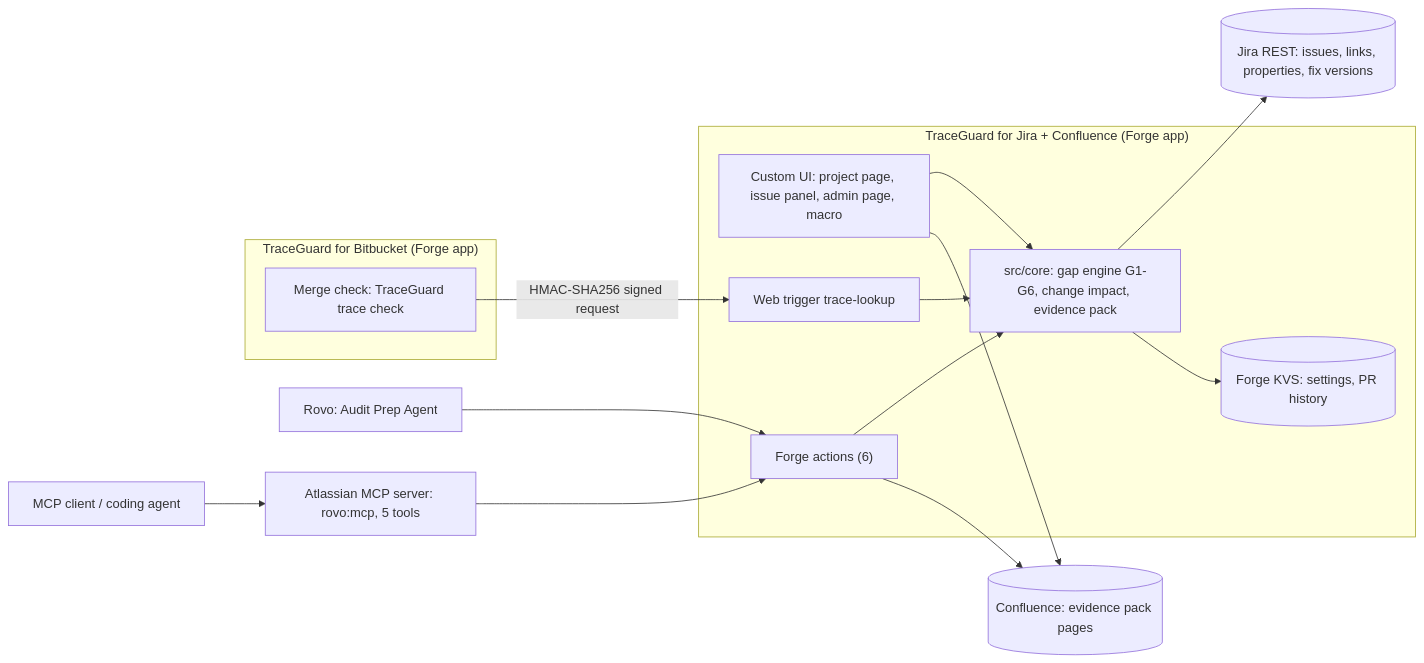
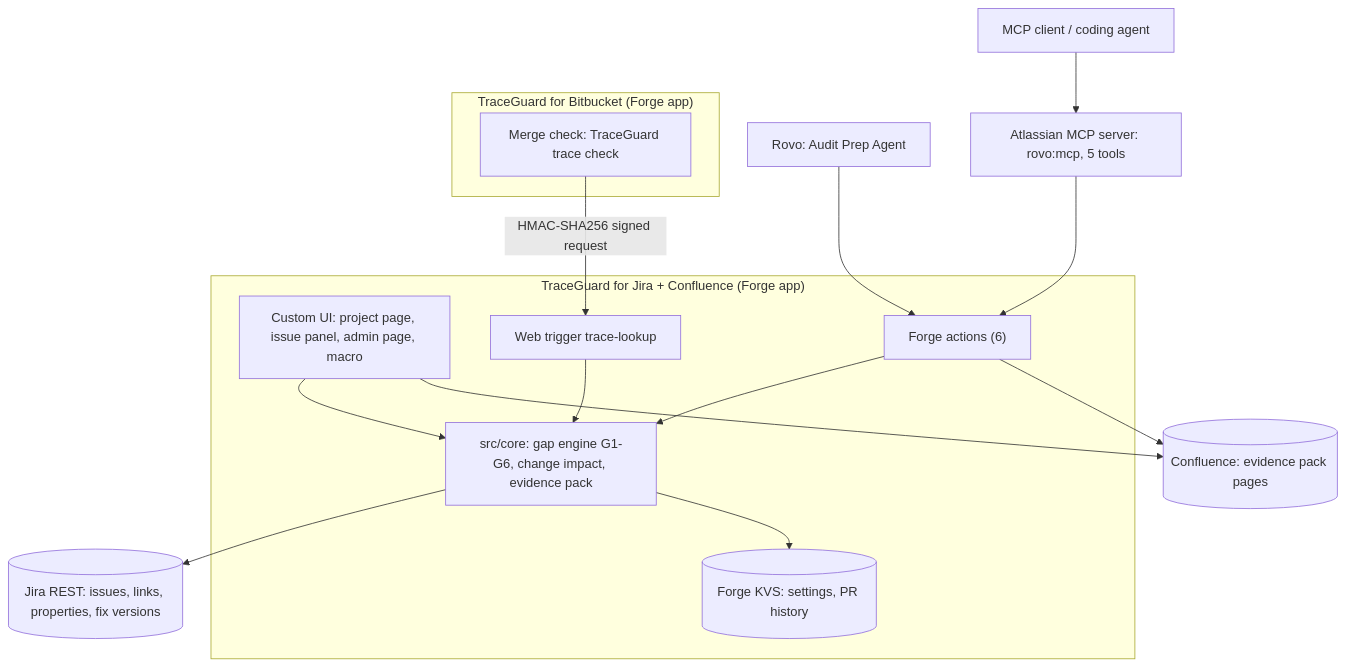
The first of 3 diagrams in README.md (Akar-Samudra-Artifisial/TraceGuard), drawn with Mermaid before and after one commit.

Commit message:
docs: stack architecture diagram vertically

````diff
--- a/README.md
+++ b/README.md
@@ -78,29 +78,29 @@
 ```mermaid
-flowchart LR
+flowchart TB
   subgraph JC["TraceGuard for Jira + Confluence (Forge app)"]
     UI["Custom UI: project page, issue panel, admin page, macro"]
     ACT["Forge actions (6)"]
     CORE["src/core: gap engine G1-G6, change impact, evidence pack"]
     WT["Web trigger trace-lookup"]
     KVS[("Forge KVS: settings, PR history")]
   end
   subgraph BB["TraceGuard for Bitbucket (Forge app)"]
     MC["Merge check: TraceGuard trace check"]
   end
   JIRA[("Jira REST: issues, links, properties, fix versions")]
   CONF[("Confluence: evidence pack pages")]
   ROVO["Rovo: Audit Prep Agent"]
   MCPC["MCP client / coding agent"]
   MCP["Atlassian MCP server: rovo:mcp, 5 tools"]
 
   UI --> CORE
   ACT --> CORE
   WT --> CORE
   CORE --> JIRA
   CORE --> KVS
   ACT --> CONF
   UI --> CONF
   ROVO --> ACT
   MCPC --> MCP --> ACT
   MC -- "HMAC-SHA256 signed request" --> WT
 ```
````
